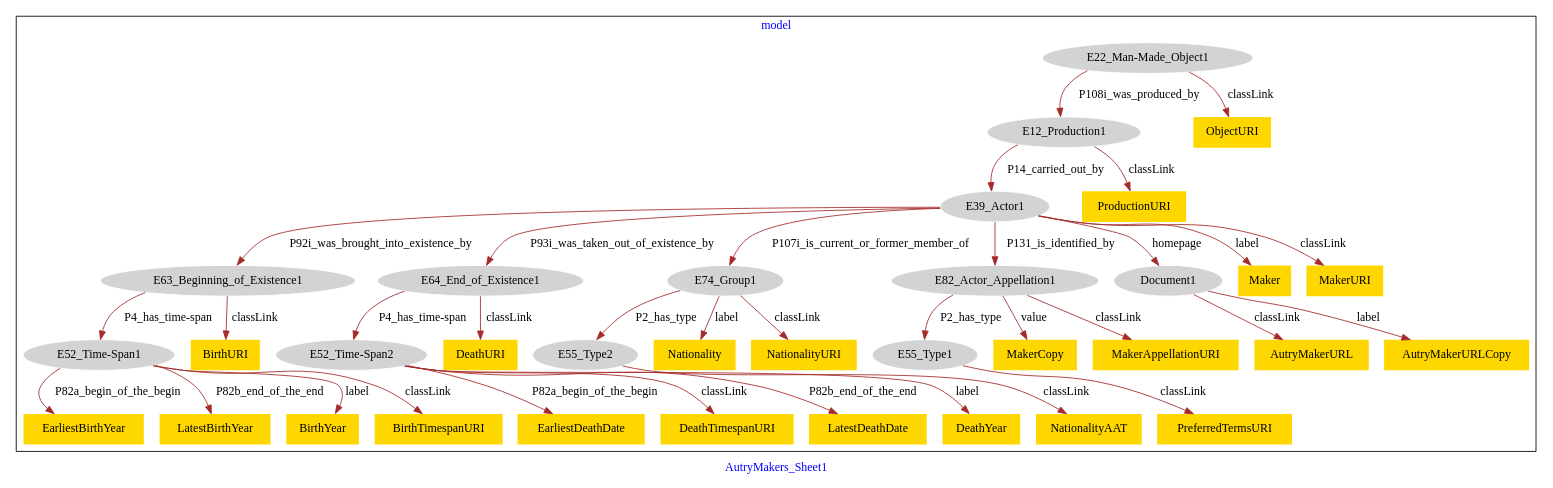
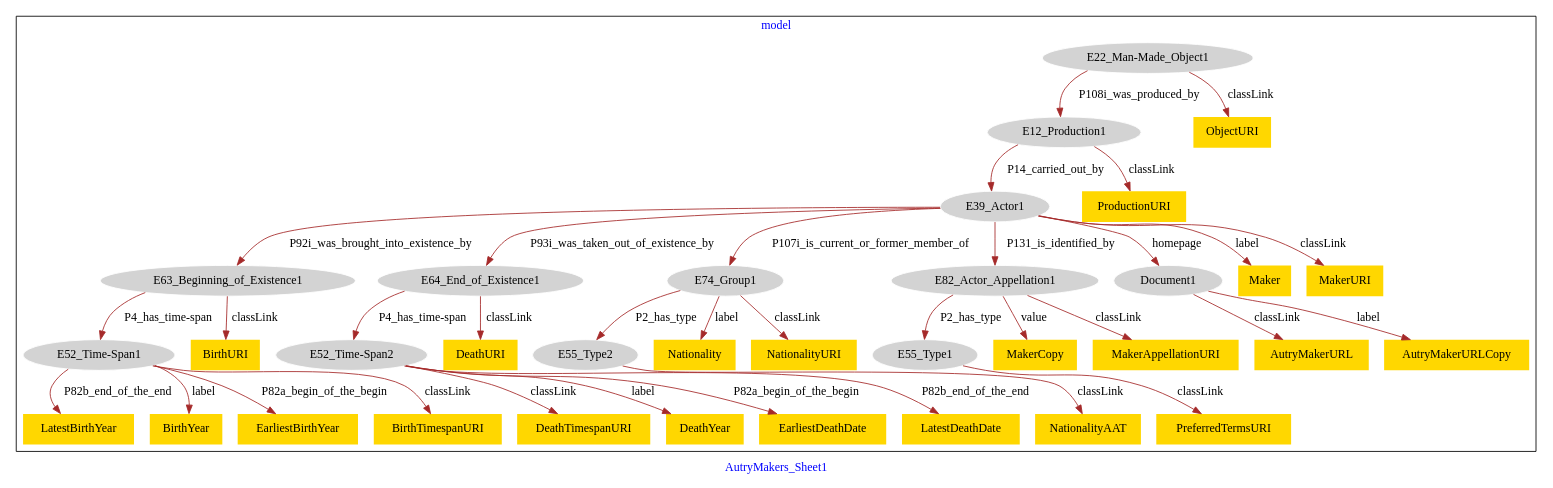
One commit to american-art/autry changed the diagram in AutryMakers/AutryMakers-model.dot. Above: the diagram before and after it, drawn with Graphviz.

Commit message:
Update file AutryMakers-model.dot

```diff
--- a/AutryMakers/AutryMakers-model.dot
+++ b/AutryMakers/AutryMakers-model.dot
@@ -1,75 +1,75 @@
 digraph n0 {
 fontcolor="blue"
 remincross="true"
 label="AutryMakers_Sheet1"
 subgraph cluster {
 label="model"
 n2[style="filled",color="white",fillcolor="lightgray",label="E12_Production1"];
 n3[style="filled",color="white",fillcolor="lightgray",label="E39_Actor1"];
 n4[style="filled",color="white",fillcolor="lightgray",label="E22_Man-Made_Object1"];
 n5[style="filled",color="white",fillcolor="lightgray",label="E63_Beginning_of_Existence1"];
 n6[style="filled",color="white",fillcolor="lightgray",label="E64_End_of_Existence1"];
 n7[style="filled",color="white",fillcolor="lightgray",label="E74_Group1"];
 n8[style="filled",color="white",fillcolor="lightgray",label="E82_Actor_Appellation1"];
 n9[style="filled",color="white",fillcolor="lightgray",label="Document1"];
 n10[style="filled",color="white",fillcolor="lightgray",label="E52_Time-Span1"];
 n11[style="filled",color="white",fillcolor="lightgray",label="E52_Time-Span2"];
 n12[style="filled",color="white",fillcolor="lightgray",label="E55_Type2"];
 n13[style="filled",color="white",fillcolor="lightgray",label="E55_Type1"];
 n14[shape="plaintext",style="filled",fillcolor="gold",label="Nationality"];
 n15[shape="plaintext",style="filled",fillcolor="gold",label="DeathURI"];
-n16[shape="plaintext",style="filled",fillcolor="gold",label="EarliestBirthYear"];
-n17[shape="plaintext",style="filled",fillcolor="gold",label="AutryMakerURL"];
-n18[shape="plaintext",style="filled",fillcolor="gold",label="MakerCopy"];
-n19[shape="plaintext",style="filled",fillcolor="gold",label="EarliestDeathDate"];
+n16[shape="plaintext",style="filled",fillcolor="gold",label="AutryMakerURL"];
+n17[shape="plaintext",style="filled",fillcolor="gold",label="MakerCopy"];
+n18[shape="plaintext",style="filled",fillcolor="gold",label="NationalityAAT"];
+n19[shape="plaintext",style="filled",fillcolor="gold",label="LatestBirthYear"];
 n20[shape="plaintext",style="filled",fillcolor="gold",label="DeathTimespanURI"];
-n21[shape="plaintext",style="filled",fillcolor="gold",label="LatestDeathDate"];
-n22[shape="plaintext",style="filled",fillcolor="gold",label="DeathYear"];
-n23[shape="plaintext",style="filled",fillcolor="gold",label="LatestBirthYear"];
-n24[shape="plaintext",style="filled",fillcolor="gold",label="BirthYear"];
-n25[shape="plaintext",style="filled",fillcolor="gold",label="Maker"];
-n26[shape="plaintext",style="filled",fillcolor="gold",label="PreferredTermsURI"];
-n27[shape="plaintext",style="filled",fillcolor="gold",label="ProductionURI"];
+n21[shape="plaintext",style="filled",fillcolor="gold",label="DeathYear"];
+n22[shape="plaintext",style="filled",fillcolor="gold",label="BirthYear"];
+n23[shape="plaintext",style="filled",fillcolor="gold",label="EarliestDeathDate"];
+n24[shape="plaintext",style="filled",fillcolor="gold",label="Maker"];
+n25[shape="plaintext",style="filled",fillcolor="gold",label="PreferredTermsURI"];
+n26[shape="plaintext",style="filled",fillcolor="gold",label="ProductionURI"];
+n27[shape="plaintext",style="filled",fillcolor="gold",label="NationalityURI"];
 n28[shape="plaintext",style="filled",fillcolor="gold",label="MakerURI"];
-n29[shape="plaintext",style="filled",fillcolor="gold",label="NationalityURI"];
+n29[shape="plaintext",style="filled",fillcolor="gold",label="EarliestBirthYear"];
 n30[shape="plaintext",style="filled",fillcolor="gold",label="BirthTimespanURI"];
 n31[shape="plaintext",style="filled",fillcolor="gold",label="BirthURI"];
-n32[shape="plaintext",style="filled",fillcolor="gold",label="NationalityAAT"];
-n33[shape="plaintext",style="filled",fillcolor="gold",label="AutryMakerURLCopy"];
-n34[shape="plaintext",style="filled",fillcolor="gold",label="MakerAppellationURI"];
-n35[shape="plaintext",style="filled",fillcolor="gold",label="ObjectURI"];
+n32[shape="plaintext",style="filled",fillcolor="gold",label="AutryMakerURLCopy"];
+n33[shape="plaintext",style="filled",fillcolor="gold",label="MakerAppellationURI"];
+n34[shape="plaintext",style="filled",fillcolor="gold",label="ObjectURI"];
+n35[shape="plaintext",style="filled",fillcolor="gold",label="LatestDeathDate"];
 }
 n2 -> n3[color="brown",fontcolor="black",label="P14_carried_out_by"]
 n4 -> n2[color="brown",fontcolor="black",label="P108i_was_produced_by"]
 n3 -> n5[color="brown",fontcolor="black",label="P92i_was_brought_into_existence_by"]
 n3 -> n6[color="brown",fontcolor="black",label="P93i_was_taken_out_of_existence_by"]
 n3 -> n7[color="brown",fontcolor="black",label="P107i_is_current_or_former_member_of"]
 n3 -> n8[color="brown",fontcolor="black",label="P131_is_identified_by"]
 n3 -> n9[color="brown",fontcolor="black",label="homepage"]
 n5 -> n10[color="brown",fontcolor="black",label="P4_has_time-span"]
 n6 -> n11[color="brown",fontcolor="black",label="P4_has_time-span"]
 n7 -> n12[color="brown",fontcolor="black",label="P2_has_type"]
 n8 -> n13[color="brown",fontcolor="black",label="P2_has_type"]
 n7 -> n14[color="brown",fontcolor="black",label="label"]
 n6 -> n15[color="brown",fontcolor="black",label="classLink"]
-n10 -> n16[color="brown",fontcolor="black",label="P82a_begin_of_the_begin"]
-n9 -> n17[color="brown",fontcolor="black",label="classLink"]
-n8 -> n18[color="brown",fontcolor="black",label="value"]
-n11 -> n19[color="brown",fontcolor="black",label="P82a_begin_of_the_begin"]
+n9 -> n16[color="brown",fontcolor="black",label="classLink"]
+n8 -> n17[color="brown",fontcolor="black",label="value"]
+n12 -> n18[color="brown",fontcolor="black",label="classLink"]
+n10 -> n19[color="brown",fontcolor="black",label="P82b_end_of_the_end"]
 n11 -> n20[color="brown",fontcolor="black",label="classLink"]
-n11 -> n21[color="brown",fontcolor="black",label="P82b_end_of_the_end"]
-n11 -> n22[color="brown",fontcolor="black",label="label"]
-n10 -> n23[color="brown",fontcolor="black",label="P82b_end_of_the_end"]
-n10 -> n24[color="brown",fontcolor="black",label="label"]
-n3 -> n25[color="brown",fontcolor="black",label="label"]
-n13 -> n26[color="brown",fontcolor="black",label="classLink"]
-n2 -> n27[color="brown",fontcolor="black",label="classLink"]
+n11 -> n21[color="brown",fontcolor="black",label="label"]
+n10 -> n22[color="brown",fontcolor="black",label="label"]
+n11 -> n23[color="brown",fontcolor="black",label="P82a_begin_of_the_begin"]
+n3 -> n24[color="brown",fontcolor="black",label="label"]
+n13 -> n25[color="brown",fontcolor="black",label="classLink"]
+n2 -> n26[color="brown",fontcolor="black",label="classLink"]
+n7 -> n27[color="brown",fontcolor="black",label="classLink"]
 n3 -> n28[color="brown",fontcolor="black",label="classLink"]
-n7 -> n29[color="brown",fontcolor="black",label="classLink"]
+n10 -> n29[color="brown",fontcolor="black",label="P82a_begin_of_the_begin"]
 n10 -> n30[color="brown",fontcolor="black",label="classLink"]
 n5 -> n31[color="brown",fontcolor="black",label="classLink"]
-n12 -> n32[color="brown",fontcolor="black",label="classLink"]
-n9 -> n33[color="brown",fontcolor="black",label="label"]
-n8 -> n34[color="brown",fontcolor="black",label="classLink"]
-n4 -> n35[color="brown",fontcolor="black",label="classLink"]
+n9 -> n32[color="brown",fontcolor="black",label="label"]
+n8 -> n33[color="brown",fontcolor="black",label="classLink"]
+n4 -> n34[color="brown",fontcolor="black",label="classLink"]
+n11 -> n35[color="brown",fontcolor="black",label="P82b_end_of_the_end"]
 }
```
